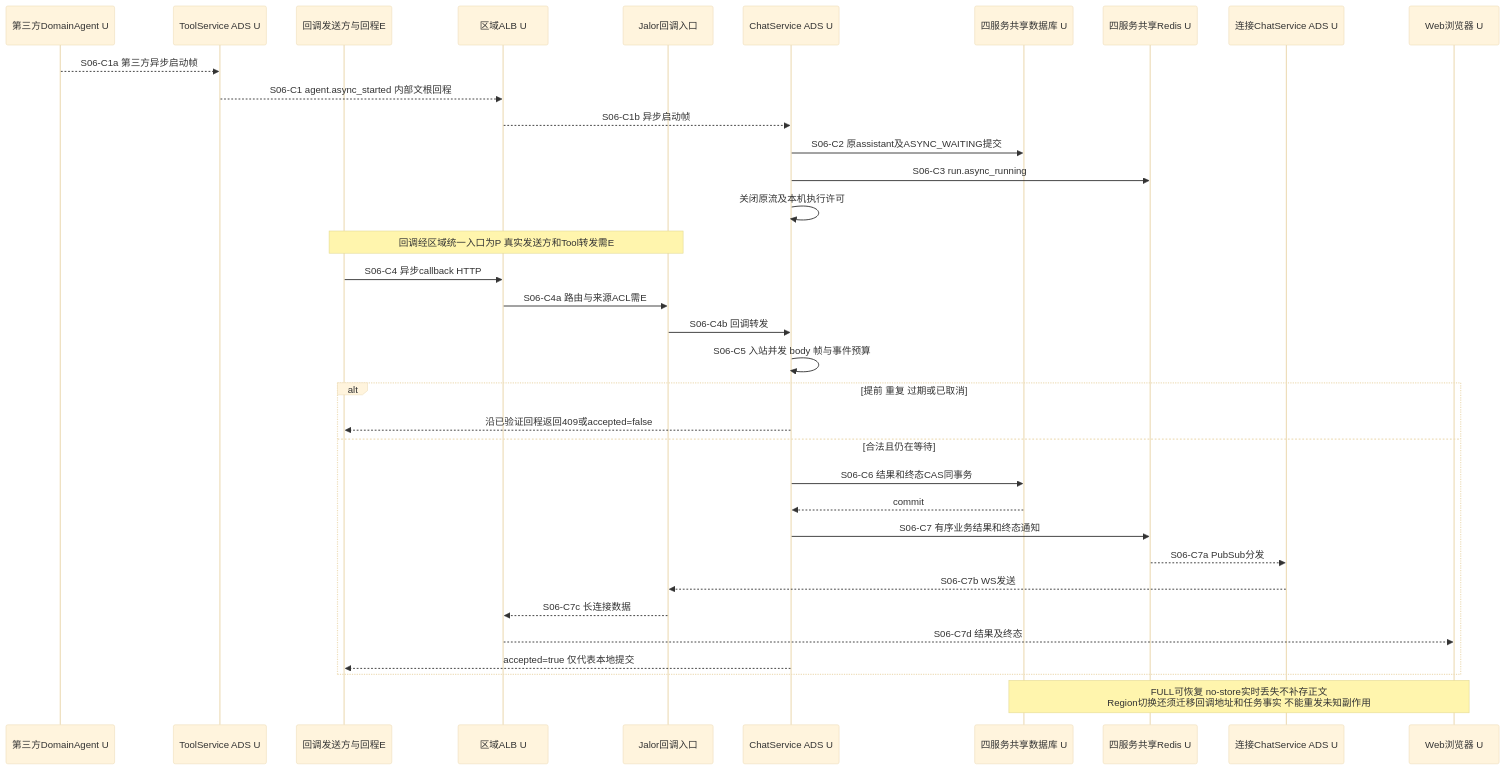
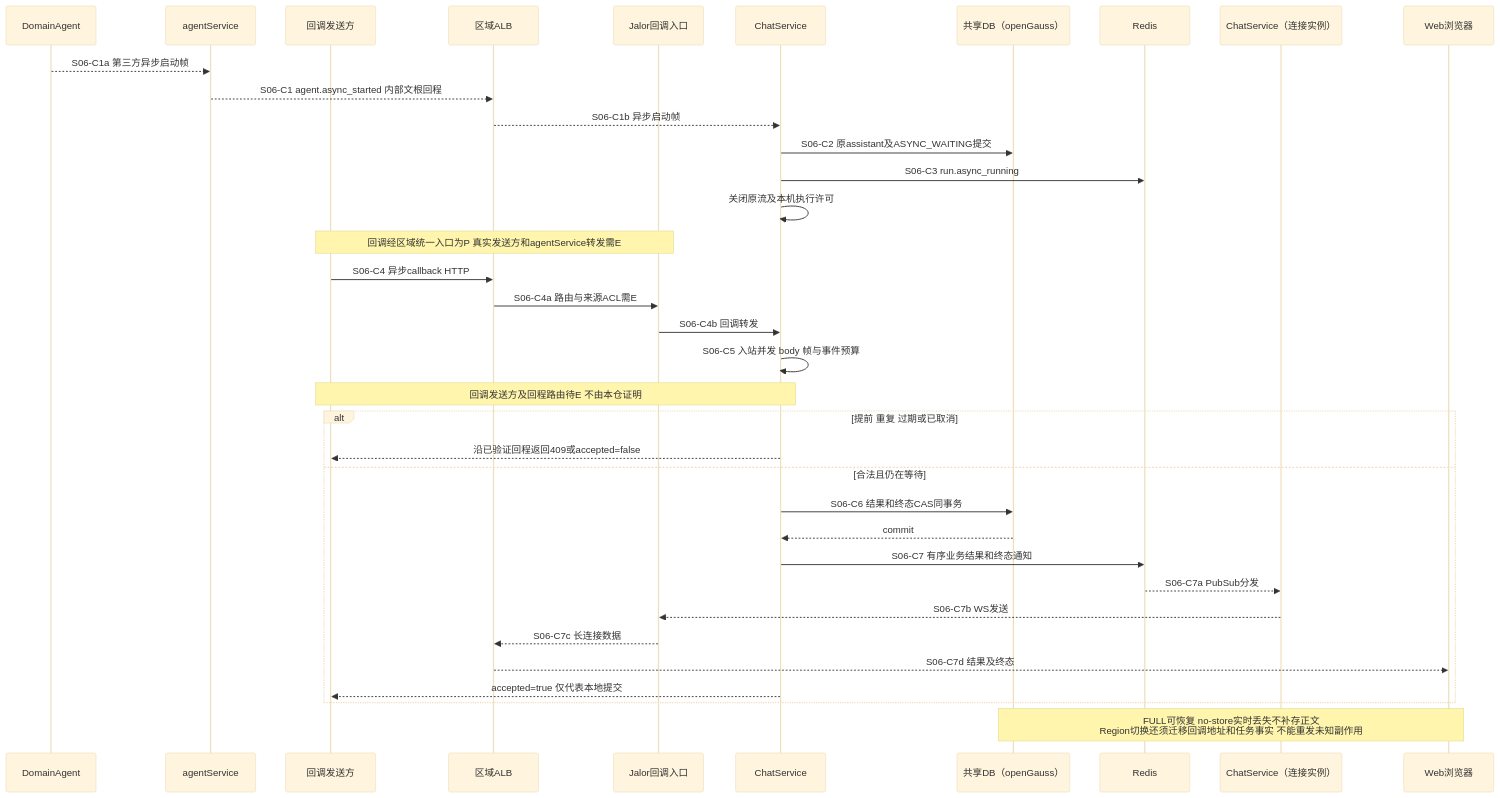
Before and after one commit to kunben-duck/exweb: diagram 11 of 24 in docs/architecture/high-availability/scenarios.md, drawn with Mermaid (base theme). The commit also changed other lines of this file and 9 other files, not shown here.

Commit message:
docs: refine HA stability and agent service isolation design

````diff
--- a/docs/architecture/high-availability/scenarios.md
+++ b/docs/architecture/high-availability/scenarios.md
@@ -485,37 +592,38 @@
 ```mermaid
 sequenceDiagram
-    participant DA as 第三方DomainAgent U
-    participant TOOL as ToolService ADS U
-    participant CB as 回调发送方与回程E
-    participant L as 区域ALB U
+    participant DA as DomainAgent
+    participant AG as agentService
+    participant CB as 回调发送方
+    participant L as 区域ALB
     participant G as Jalor回调入口
-    participant C as ChatService ADS U
-    participant D as 四服务共享数据库 U
-    participant R as 四服务共享Redis U
-    participant W as 连接ChatService ADS U
-    participant U as Web浏览器 U
-    DA-->>TOOL: S06-C1a 第三方异步启动帧
-    TOOL-->>L: S06-C1 agent.async_started 内部文根回程
+    participant C as ChatService
+    participant D as 共享DB（openGauss）
+    participant R as Redis
+    participant W as ChatService（连接实例）
+    participant U as Web浏览器
+    DA-->>AG: S06-C1a 第三方异步启动帧
+    AG-->>L: S06-C1 agent.async_started 内部文根回程
     L-->>C: S06-C1b 异步启动帧
     C->>D: S06-C2 原assistant及ASYNC_WAITING提交
     C->>R: S06-C3 run.async_running
     C->>C: 关闭原流及本机执行许可
-    Note over CB,G: 回调经区域统一入口为P 真实发送方和Tool转发需E
+    Note over CB,G: 回调经区域统一入口为P 真实发送方和agentService转发需E
     CB->>L: S06-C4 异步callback HTTP
     L->>G: S06-C4a 路由与来源ACL需E
     G->>C: S06-C4b 回调转发
     C->>C: S06-C5 入站并发 body 帧与事件预算
+    Note over CB,C: 回调发送方及回程路由待E 不由本仓证明
     alt 提前 重复 过期或已取消
         C-->>CB: 沿已验证回程返回409或accepted=false
     else 合法且仍在等待
         C->>D: S06-C6 结果和终态CAS同事务
         D-->>C: commit
         C->>R: S06-C7 有序业务结果和终态通知
         R-->>W: S06-C7a PubSub分发
         W-->>G: S06-C7b WS发送
         G-->>L: S06-C7c 长连接数据
         L-->>U: S06-C7d 结果及终态
         C-->>CB: accepted=true 仅代表本地提交
     end
     Note over D,U: FULL可恢复 no-store实时丢失不补存正文<br/>Region切换还须迁移回调地址和任务事实 不能重发未知副作用
 ```
````
